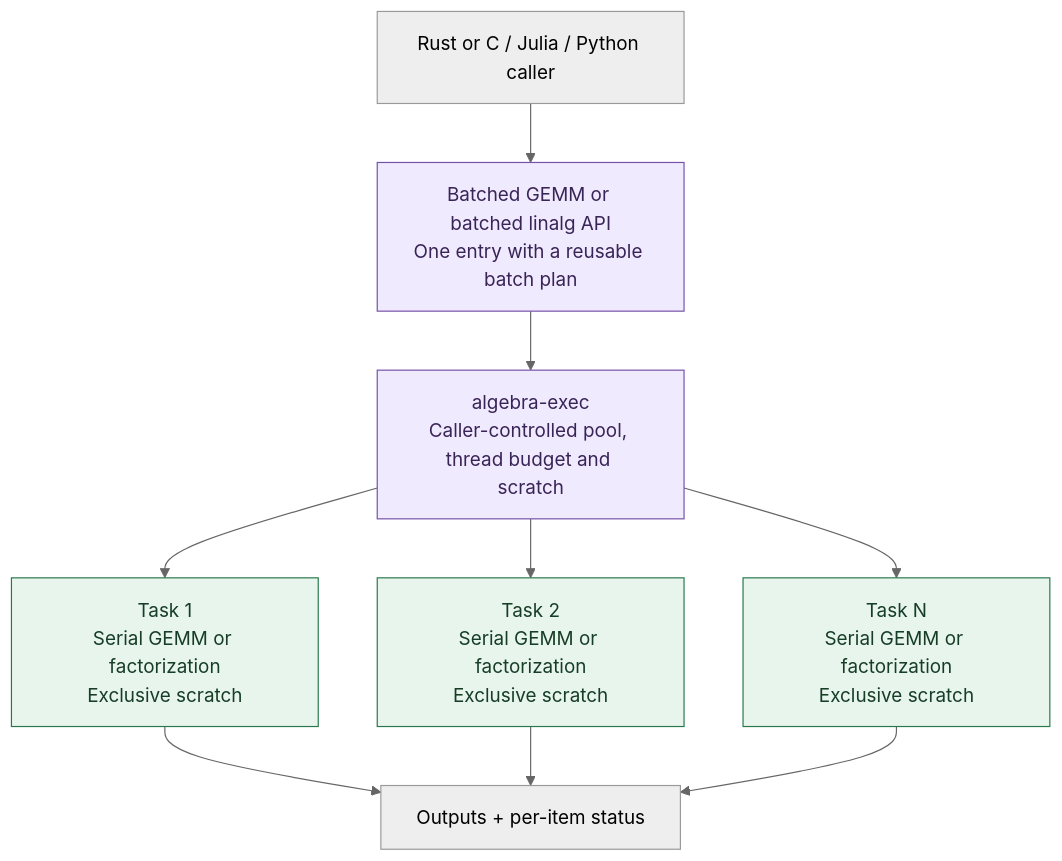
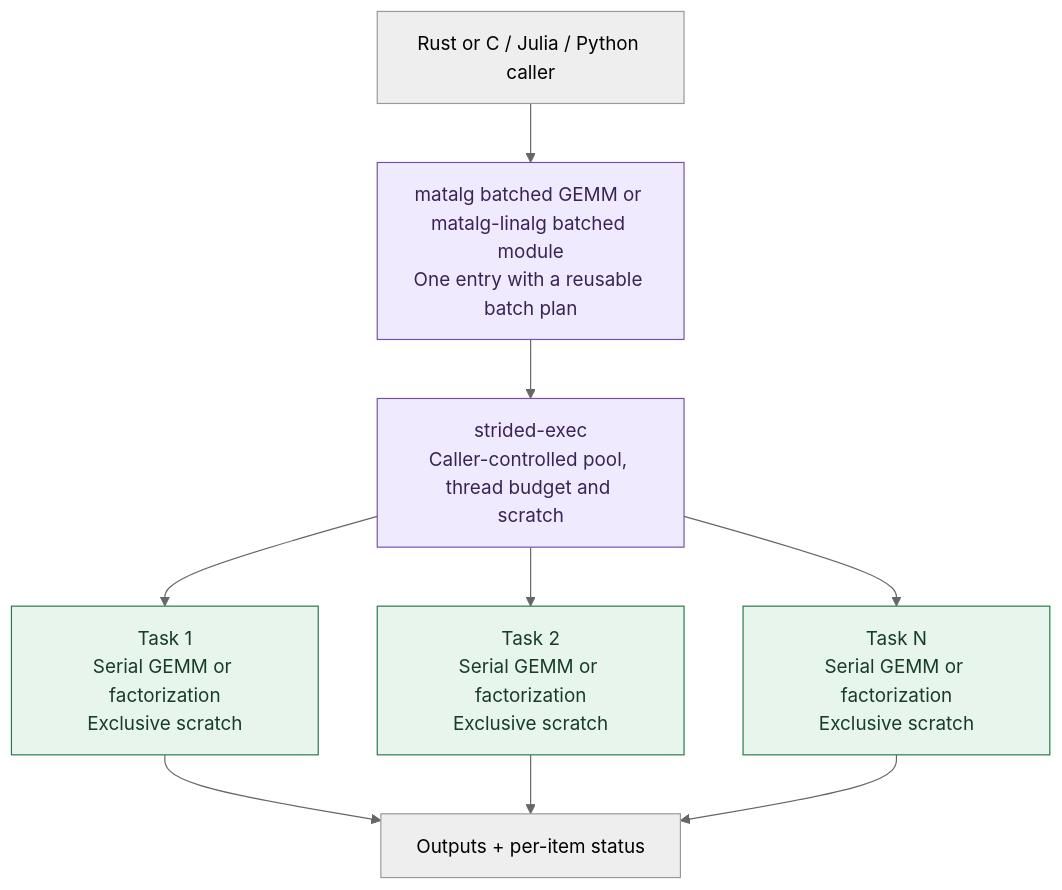
One commit to shinaoka/tensoralgebra-rs changed the third of 4 diagrams in README.md. Above: the diagram before and after it, drawn with Mermaid (neutral theme). The commit also changed other lines of this file and 3 other files, not shown here.

First line of the commit message:
Restructure into strided-rs / matalg-rs / tprims-rs layers

````diff
--- a/README.md
+++ b/README.md
@@ -112,17 +124,17 @@
 ```mermaid
 flowchart TB
     H["Rust or C / Julia / Python caller"]
-    P["Batched GEMM or batched linalg API<br/>One entry with a reusable batch plan"]
-    X["algebra-exec<br/>Caller-controlled pool, thread budget and scratch"]
+    P["matalg batched GEMM or matalg-linalg batched module<br/>One entry with a reusable batch plan"]
+    X["strided-exec<br/>Caller-controlled pool, thread budget and scratch"]
     W1["Task 1<br/>Serial GEMM or factorization<br/>Exclusive scratch"]
     W2["Task 2<br/>Serial GEMM or factorization<br/>Exclusive scratch"]
     WN["Task N<br/>Serial GEMM or factorization<br/>Exclusive scratch"]
     R["Outputs + per-item status"]
     H --> P --> X
     X --> W1 & W2 & WN
     W1 & W2 & WN --> R
     classDef execution fill:#f0eaff,stroke:#7551a8,color:#392456
     classDef task fill:#e7f5ec,stroke:#28784c,color:#173d27
     class P,X execution
     class W1,W2,WN task
 ```
````
